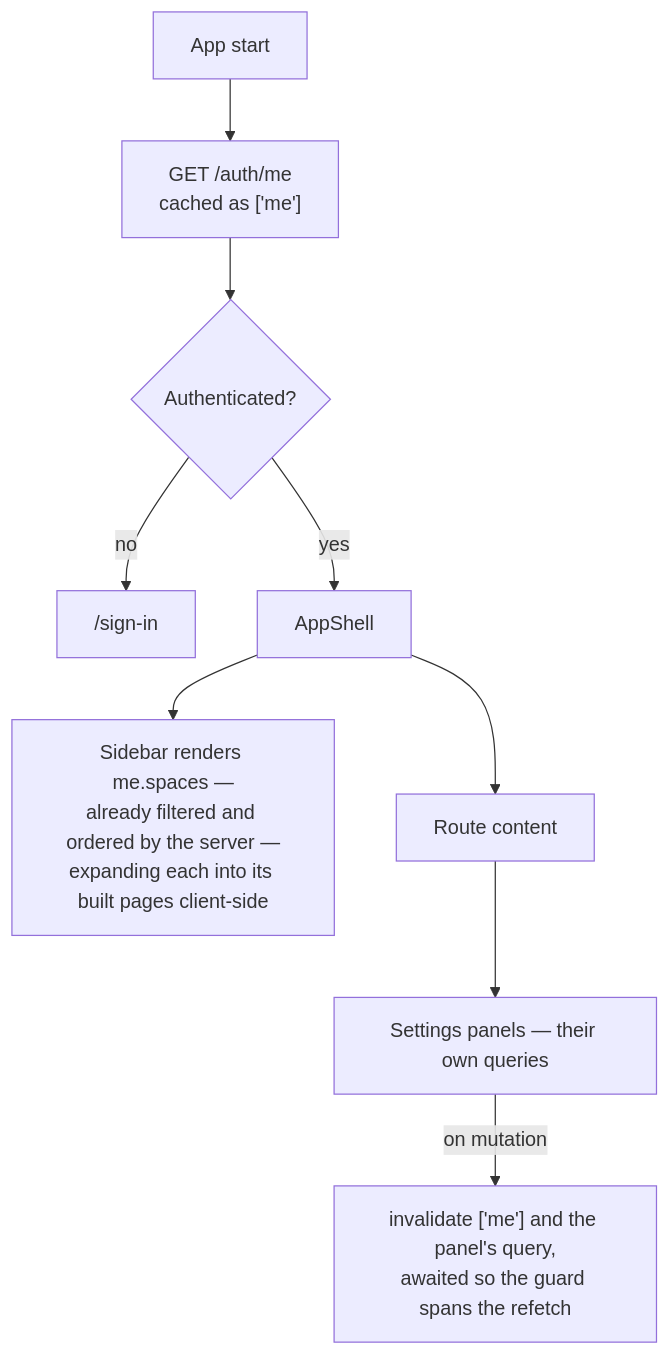
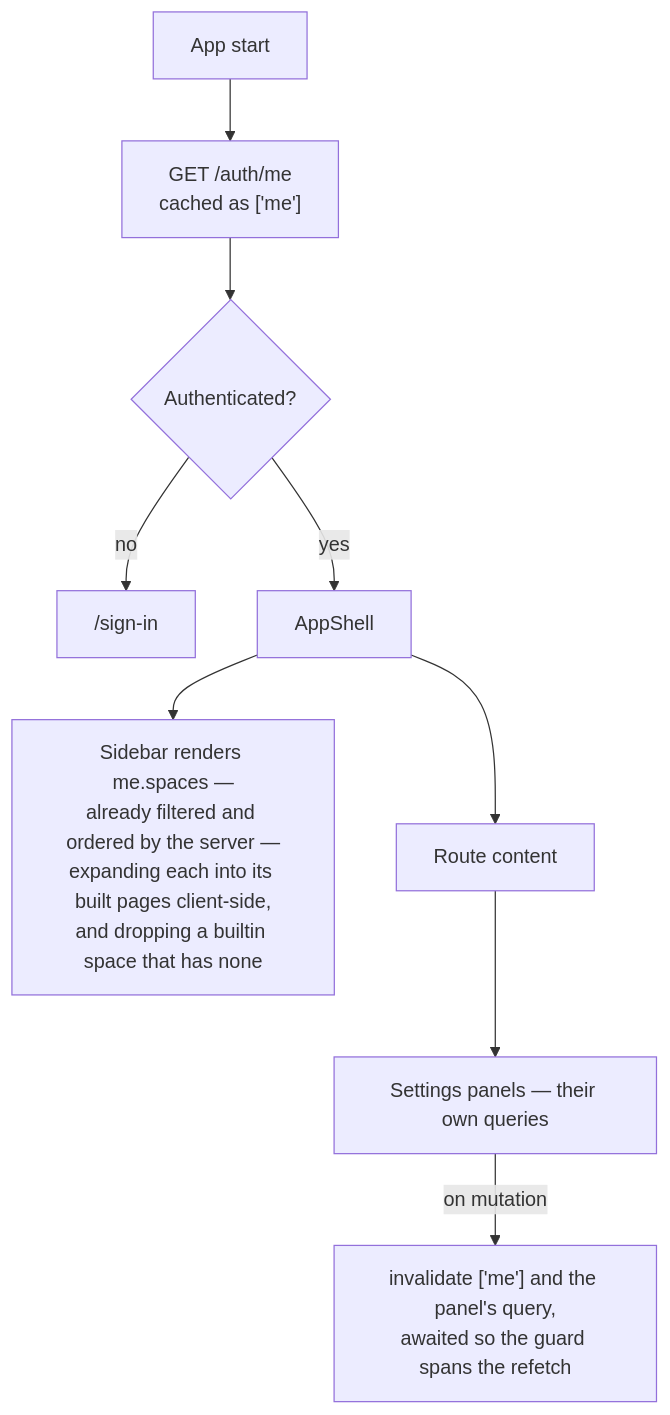
Diagram 11 of 12 in docs/SYSTEM_DESIGN.md (oandrz/Household), drawn with Mermaid before and after one commit. The commit also changed other lines of this file and 6 other files, not shown here.

````diff
--- a/docs/SYSTEM_DESIGN.md
+++ b/docs/SYSTEM_DESIGN.md
@@ -702,11 +709,11 @@
 ```mermaid
 graph TD
     Boot["App start"] --> Me["GET /auth/me<br/>cached as ['me']"]
     Me --> Guard{"Authenticated?"}
     Guard -->|no| SignIn["/sign-in"]
     Guard -->|yes| Shell["AppShell"]
-    Shell --> Sidebar["Sidebar renders me.spaces —<br/>already filtered and ordered by the server —<br/>expanding each into its built pages client-side"]
+    Shell --> Sidebar["Sidebar renders me.spaces —<br/>already filtered and ordered by the server —<br/>expanding each into its built pages client-side,<br/>and dropping a builtin space that has none"]
     Shell --> Page["Route content"]
     Page --> Settings["Settings panels — their own queries"]
     Settings -->|"on mutation"| Invalidate["invalidate ['me'] and the panel's query,<br/>awaited so the guard spans the refetch"]
 ```
````
